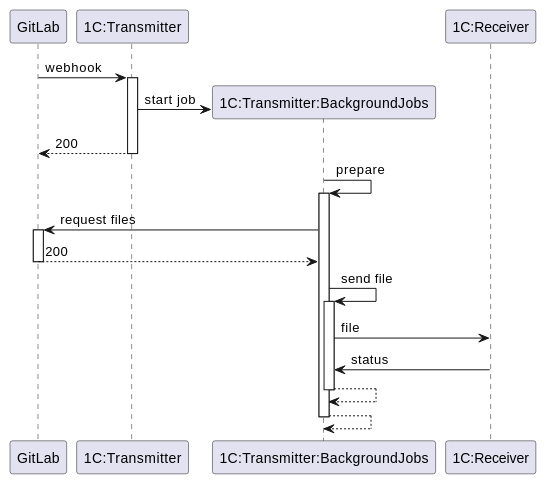
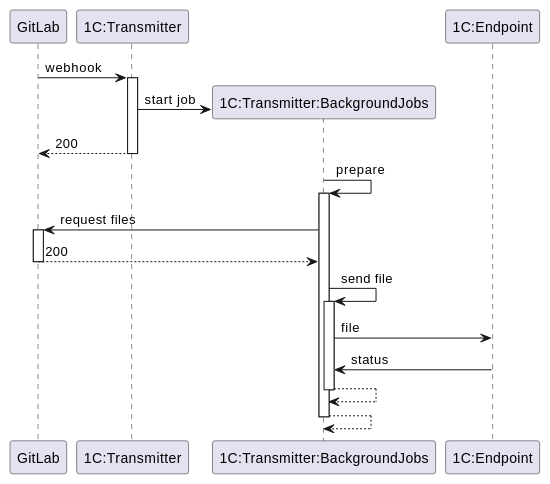
One commit to astrizhachuk/epf-transmitter changed the diagram in README.md. Above: the diagram before and after it, drawn with PlantUML. The commit also changed other lines of this file and 31 other files, not shown here.

````diff
--- a/README.md
+++ b/README.md
@@ -44,15 +44,15 @@
 ```plantuml
 @startuml
 GitLab -> "1C:Transmitter" ++ : webhook
 "1C:Transmitter" -> "1C:Transmitter:BackgroundJobs" ** : start job
 return 200
 "1C:Transmitter:BackgroundJobs" -> "1C:Transmitter:BackgroundJobs" ++ : prepare
 GitLab <- "1C:Transmitter:BackgroundJobs" ++ : request files
 return 200
 "1C:Transmitter:BackgroundJobs" -> "1C:Transmitter:BackgroundJobs" ++ : send file
-"1C:Transmitter:BackgroundJobs" -> "1C:Receiver" : file
-"1C:Transmitter:BackgroundJobs" <- "1C:Receiver" : status
+"1C:Transmitter:BackgroundJobs" -> "1C:Endpoint" : file
+"1C:Transmitter:BackgroundJobs" <- "1C:Endpoint" : status
 return
 return
 @enduml
 ```
````
